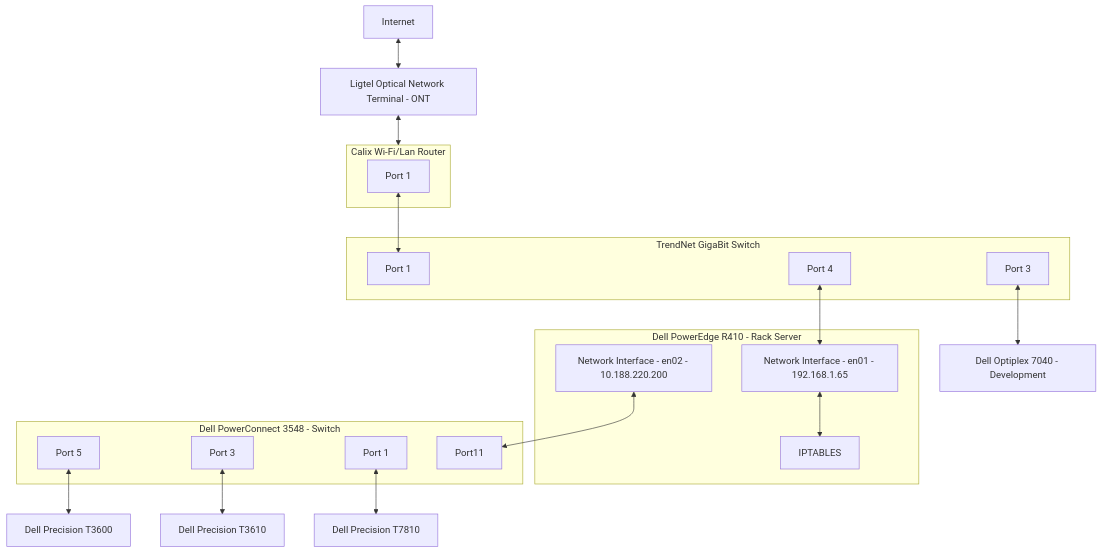
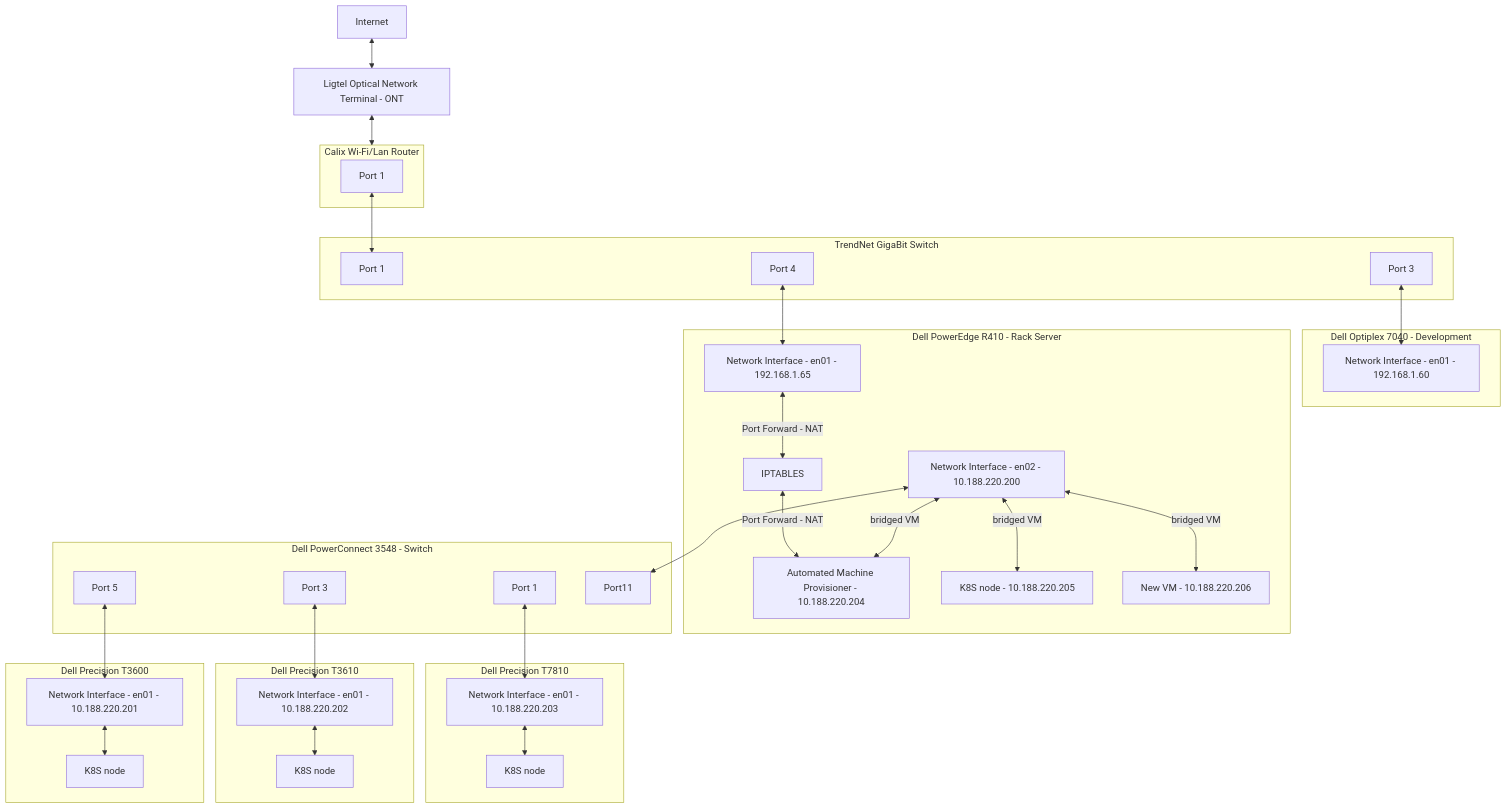
One commit to brentgroves/repsys changed the diagram in development/datacenter/home/network_configuration.md. Above: the diagram before and after it, drawn with Mermaid.

Commit message:
updated source code

````diff
--- a/development/datacenter/home/network_configuration.md
+++ b/development/datacenter/home/network_configuration.md
@@ -31,39 +31,59 @@
 ```mermaid
 flowchart TB
 
     Internet[Internet]<--> ONT[Ligtel Optical Network Terminal - ONT]
     ONT<-->CLX[Calix Wi-Fi/Lan Router]
     CP1[Port 1]<-->TP1[Port 1]
 
 
-    TP3[Port 3]<-->DOP1[Dell Optiplex 7040 - Development]
+    TP3[Port 3]<-->NI16[Network Interface - en01 - 192.168.1.60];
     TP4[Port 4]<-->NI11[Network Interface - en01 - 192.168.1.65];
 
-    DPCSP5[Port 5]<-->DPT1[Dell Precision T3600]
-    DPCSP3[Port 3]<-->DP2[Dell Precision T3610]
-    DPCSP1[Port 1]<-->DP3[Dell Precision T7810]
+    DPCSP5[Port 5]<-->NI13[Network Interface - en01 - 10.188.220.201];
+    DPCSP3[Port 3]<-->NI14[Network Interface - en01 - 10.188.220.202];
+    DPCSP1[Port 1]<-->NI15[Network Interface - en01 - 10.188.220.203];
 
     subgraph CLX[Calix Wi-Fi/Lan Router]
     CP1
     end
 
     subgraph TGS[TrendNet GigaBit Switch]
     TP1
     TP3
     TP4
 
     end
 
+    subgraph DOP1[Dell Optiplex 7040 - Development]
+    NI16[Network Interface - en01 - 192.168.1.60];
+    end
+
+    subgraph DP3[Dell Precision T7810]
+    NI15[Network Interface - en01 - 10.188.220.203]<-->K8SN2[K8S node]
+    end
+    subgraph DP2[Dell Precision T3610]
+    NI14[Network Interface - en01 - 10.188.220.202]<-->K8SN3[K8S node];
+    end
+    subgraph DPT1[Dell Precision T3600]
+    NI13[Network Interface - en01 - 10.188.220.201]<-->K8SN4[K8S node];
+    end
+
     subgraph R410[Dell PowerEdge R410 - Rack Server]
-    NI11 <--> IPT[IPTABLES]
+    NI11 <--> |Port Forward - NAT| IPT[IPTABLES] 
+    IPT[IPTABLES]<-->|Port Forward - NAT| MAAS1[Automated Machine Provisioner - 10.188.220.204]
     NI12[Network Interface - en02 - 10.188.220.200];
+    NI12<-->|bridged VM| MAAS1[Automated Machine Provisioner - 10.188.220.204]
+    NI12<--> |bridged VM| K8SN1[K8S node - 10.188.220.205]
+    NI12<--> |bridged VM| NVM1[New VM - 10.188.220.206]
+
+
     end
 
     NI12[Network Interface - en02 - 10.188.220.200]<-->DPCSP11[Port11];
     subgraph DPC[Dell PowerConnect 3548 - Switch]
     DPCSP11
     DPCSP5
     DPCSP3
     DPCSP1
     end
 ```
````
